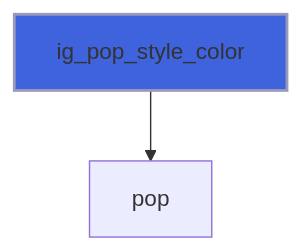
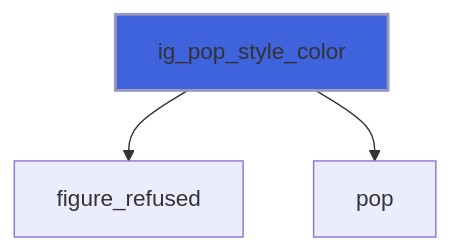
The eighth of 44 diagrams in docs/api/src/lib/figure_style.md (szaghi/figure), drawn with Mermaid before and after one commit. The commit also changed other lines of this file and 10 other files, not shown here.

````diff
--- a/docs/api/src/lib/figure_style.md
+++ b/docs/api/src/lib/figure_style.md
@@ -336,5 +346,6 @@
 ```mermaid
 flowchart TD
+  ig_pop_style_color["ig_pop_style_color"] --> figure_refused["figure_refused"]
   ig_pop_style_color["ig_pop_style_color"] --> pop["pop"]
   style ig_pop_style_color fill:#3e63dd,stroke:#99b,stroke-width:2px
 ```
````
